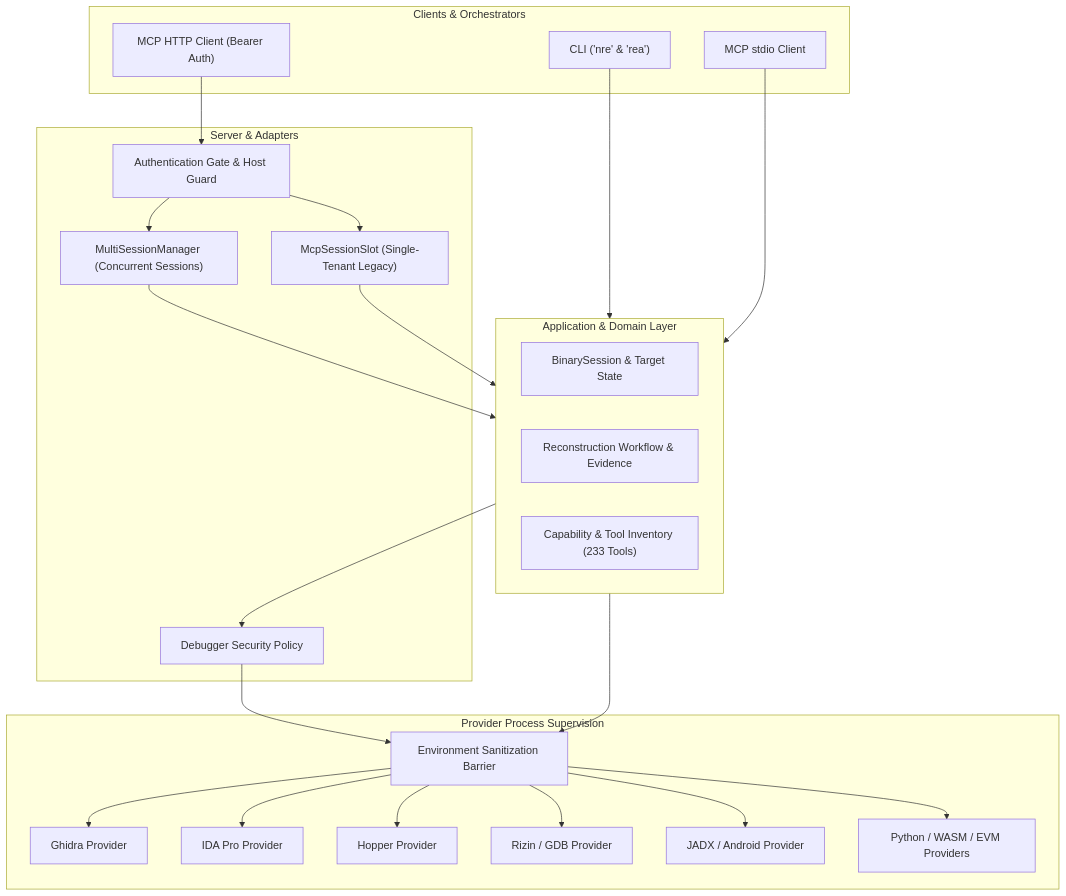
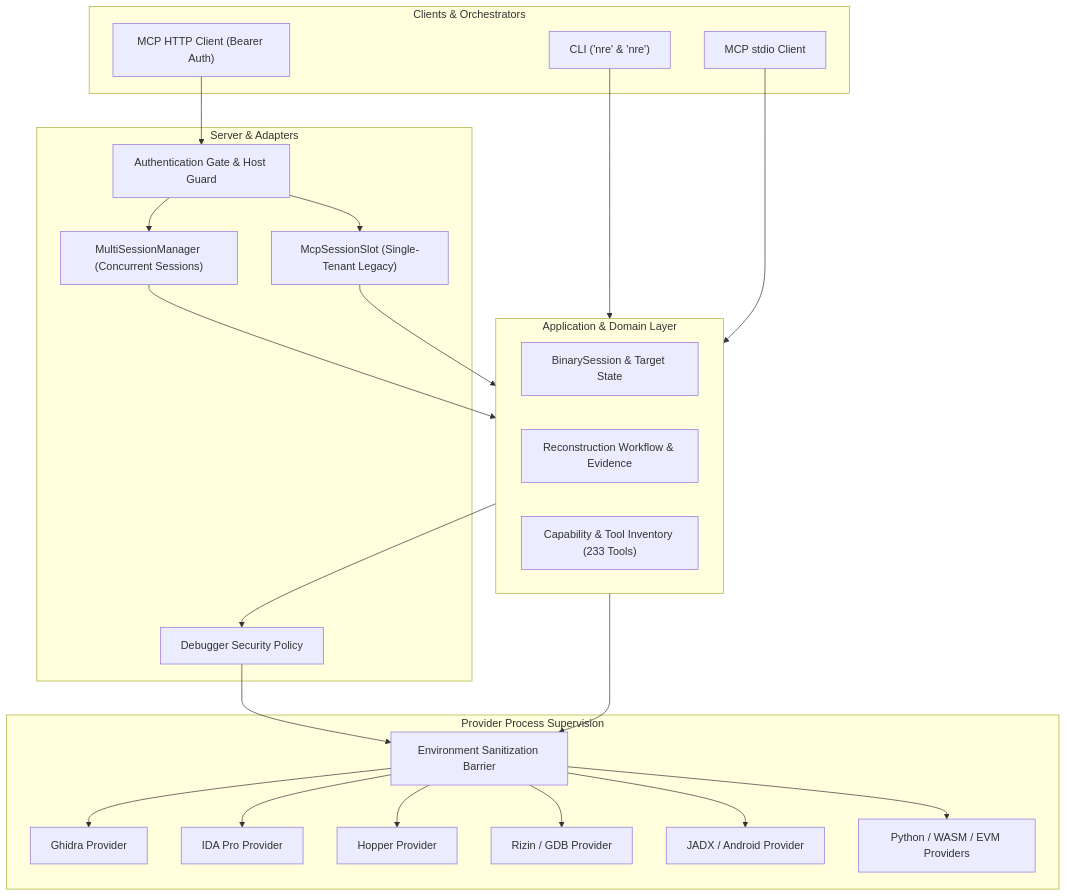
Before and after one commit to pratheeshclement-cmd/nano-reverse-engineer: the diagram in docs/NRE-V7-ARCHITECTURE-ROADMAP.md, drawn with Mermaid. The commit also changed other lines of this file and 3176 other files, not shown here.

````diff
--- a/docs/NRE-V7-ARCHITECTURE-ROADMAP.md
+++ b/docs/NRE-V7-ARCHITECTURE-ROADMAP.md
@@ -7,48 +7,48 @@
 ```mermaid
 graph TD
     subgraph Clients["Clients & Orchestrators"]
-        CLI["CLI ('nre' & 'rea')"]
+        CLI["CLI ('nre' & 'nre')"]
         MCP_STDIO["MCP stdio Client"]
         MCP_HTTP["MCP HTTP Client (Bearer Auth)"]
     end
 
     subgraph ServerLayer["Server & Adapters"]
         AuthGate["Authentication Gate & Host Guard"]
         MSM["MultiSessionManager (Concurrent Sessions)"]
         Slot["McpSessionSlot (Single-Tenant Legacy)"]
         SecPolicy["Debugger Security Policy"]
     end
 
     subgraph AppLayer["Application & Domain Layer"]
         Session["BinarySession & Target State"]
         Workflow["Reconstruction Workflow & Evidence"]
         Inventory["Capability & Tool Inventory (233 Tools)"]
     end
 
     subgraph Providers["Provider Process Supervision"]
         Sanitize["Environment Sanitization Barrier"]
         Ghidra["Ghidra Provider"]
         IDA["IDA Pro Provider"]
         Hopper["Hopper Provider"]
         Rizin["Rizin / GDB Provider"]
         JADX["JADX / Android Provider"]
         PythonWasm["Python / WASM / EVM Providers"]
     end
 
     CLI --> AppLayer
     MCP_STDIO --> AppLayer
     MCP_HTTP --> AuthGate
     AuthGate --> MSM
     AuthGate --> Slot
     MSM --> AppLayer
     Slot --> AppLayer
     AppLayer --> SecPolicy
     SecPolicy --> Sanitize
     AppLayer --> Sanitize
     Sanitize --> Ghidra
     Sanitize --> IDA
     Sanitize --> Hopper
     Sanitize --> Rizin
     Sanitize --> JADX
     Sanitize --> PythonWasm
 ```
````
